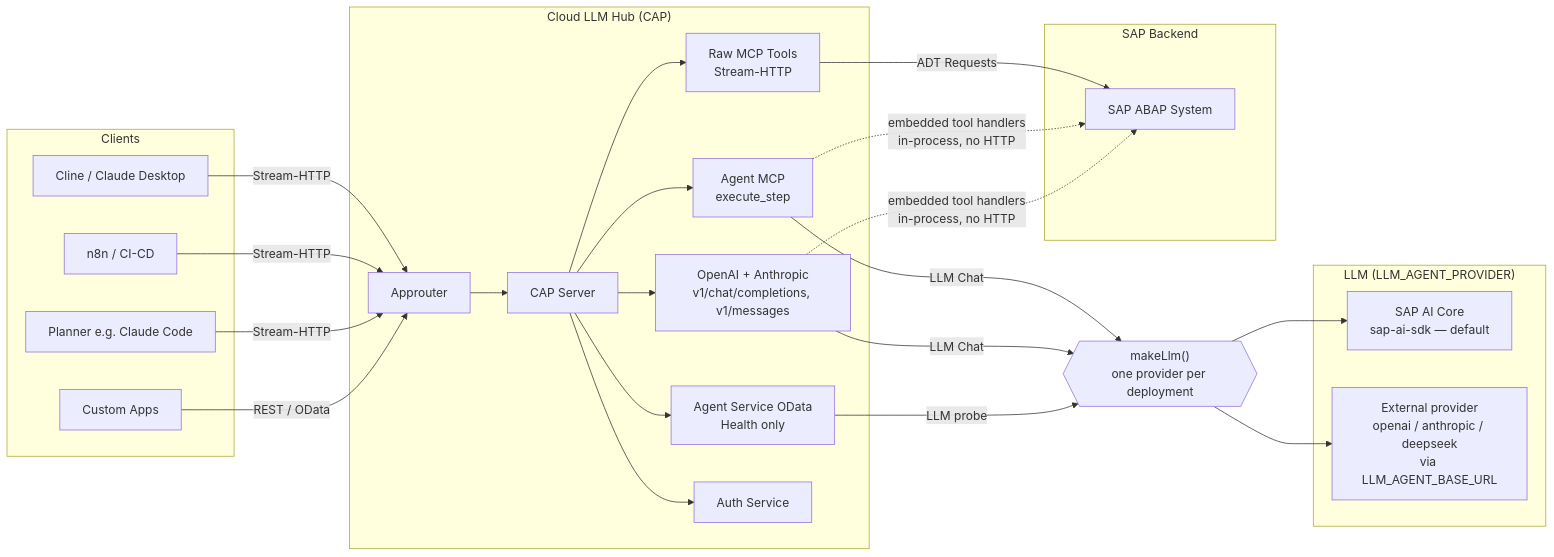
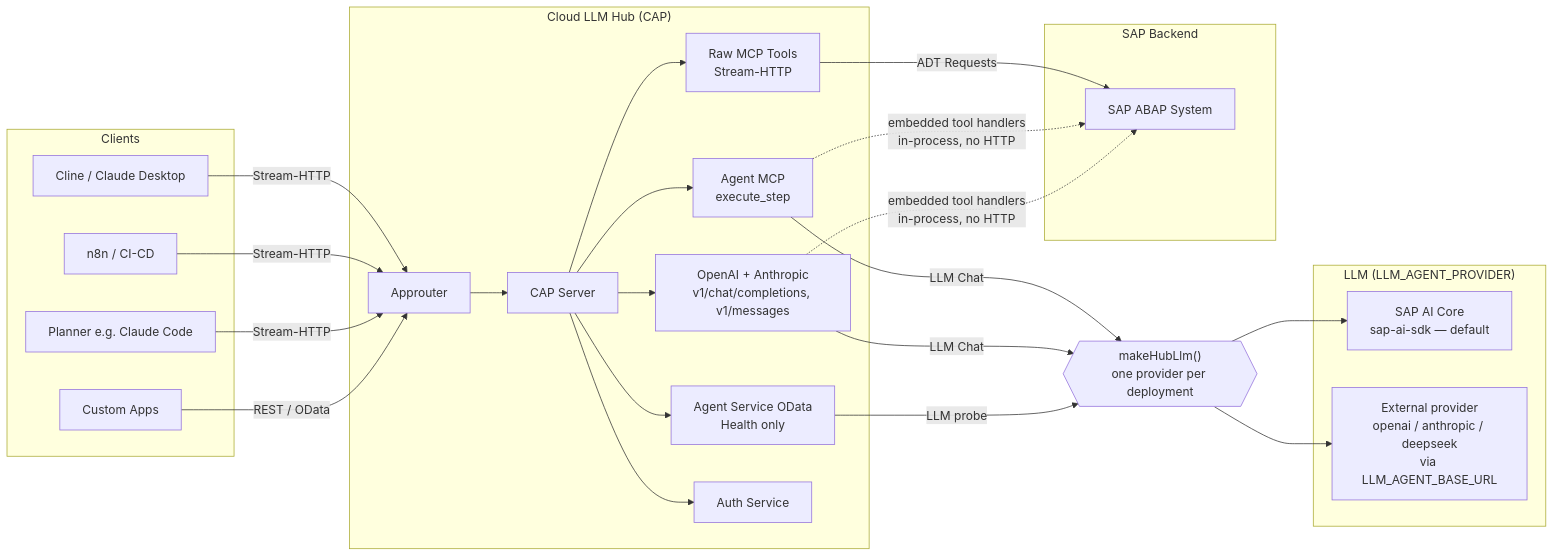
The first of 24 diagrams in docs/architecture/ARCHITECTURE.md (fr0ster/cloud-llm-hub), drawn with Mermaid before and after one commit. The commit also changed other lines of this file and 45 other files, not shown here.

````diff
--- a/docs/architecture/ARCHITECTURE.md
+++ b/docs/architecture/ARCHITECTURE.md
@@ -33,51 +33,51 @@
 ```mermaid
 graph LR
     subgraph Clients
         CL[Cline / Claude Desktop]
         N8N[n8n / CI-CD]
         PLAN[Planner e.g. Claude Code]
         APP[Custom Apps]
     end
 
     subgraph "Cloud LLM Hub (CAP)"
         AR[Approuter]
         SRV[CAP Server]
         MCP_PROXY[Raw MCP Tools<br/>Stream-HTTP]
         AGENT_MCP[Agent MCP<br/>execute_step]
         V1[OpenAI + Anthropic<br/>v1/chat/completions, v1/messages]
         AGENT_OD[Agent Service OData<br/>Health only]
         AUTH[Auth Service]
     end
 
     subgraph "SAP Backend"
         ABAP[SAP ABAP System]
     end
 
-    LLM{{"makeLlm()<br/>one provider per deployment"}}
+    LLM{{"makeHubLlm()<br/>one provider per deployment"}}
 
     subgraph "LLM (LLM_AGENT_PROVIDER)"
         AICORE["SAP AI Core<br/>sap-ai-sdk — default"]
         EXT["External provider<br/>openai / anthropic / deepseek<br/>via LLM_AGENT_BASE_URL"]
     end
 
     CL -->|Stream-HTTP| AR
     N8N -->|Stream-HTTP| AR
     PLAN -->|Stream-HTTP| AR
     APP -->|REST / OData| AR
 
     AR --> SRV
     SRV --> MCP_PROXY
     SRV --> AGENT_MCP
     SRV --> V1
     SRV --> AGENT_OD
     SRV --> AUTH
 
     MCP_PROXY -->|ADT Requests| ABAP
     AGENT_MCP -->|LLM Chat| LLM
     V1 -->|LLM Chat| LLM
     AGENT_OD -->|LLM probe| LLM
     LLM --> AICORE
     LLM --> EXT
     AGENT_MCP -.->|embedded tool handlers<br/>in-process, no HTTP| ABAP
     V1 -.->|embedded tool handlers<br/>in-process, no HTTP| ABAP
 ```
````
